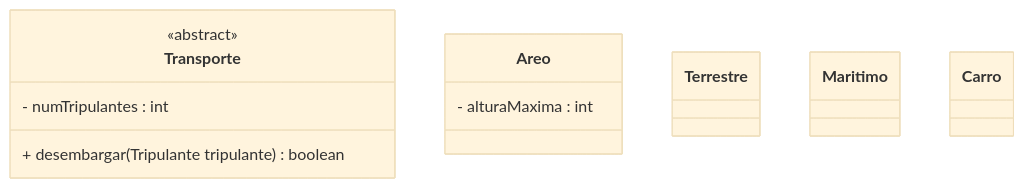
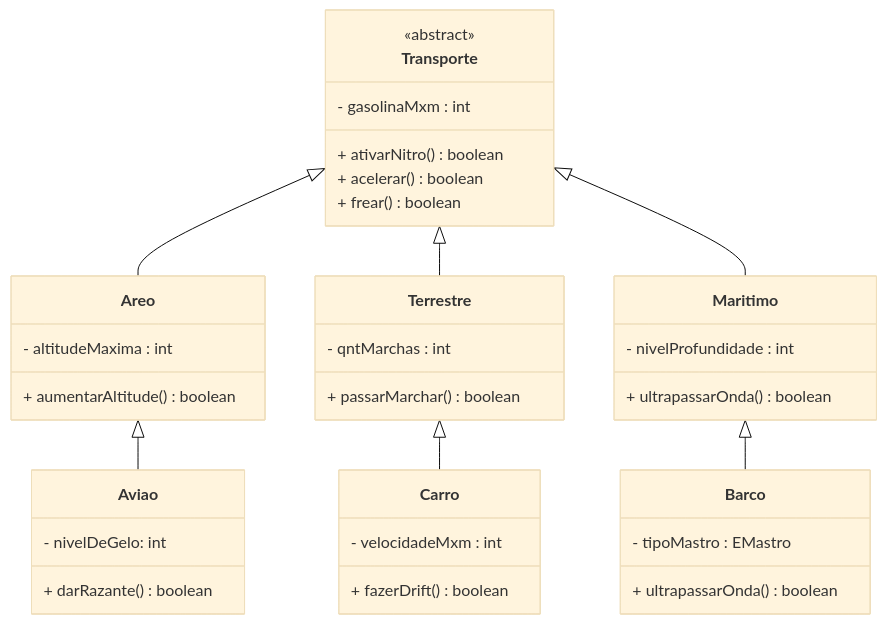
Before and after one commit to thesimas/ads-poo-2026: the third of 3 diagrams in aulas/2026-10-20-aula/README.md, drawn with Mermaid (base theme). The commit also changed other lines of this file and 12 other files, not shown here.

````diff
--- a/aulas/2026-10-20-aula/README.md
+++ b/aulas/2026-10-20-aula/README.md
@@ -106,22 +106,47 @@
 ```mermaid
 classDiagram
     class Transporte {
         <<abstract>>
-        - numTripulantes : int
-        + desembargar(Tripulante tripulante) boolean
+        - gasolinaMxm : int
+        + ativarNitro() boolean
+        + acelerar() boolean
+        + frear() boolean
     }
     
     class Areo {
-        - alturaMaxima : int
+        - altitudeMaxima : int
+        + aumentarAltitude() boolean
     }
     
-    class Terrestre {}
+    class Terrestre {
+        - qntMarchas : int
+        + passarMarchar() boolean
+    }
         
     class Maritimo {
-        
+        - nivelProfundidade : int
+        + ultrapassarOnda() boolean
     }
     
     class Carro {
-        
+        - velocidadeMxm : int
+        + fazerDrift() boolean
     }
+
+    class Aviao {
+        - nivelDeGelo: int
+        + darRazante() boolean
+    }
+
+    class Barco {
+        - tipoMastro : EMastro
+        + ultrapassarOnda() boolean
+    }
+
+    Transporte <|-- Areo
+    Transporte <|-- Terrestre
+    Transporte <|-- Maritimo
+    Terrestre <|-- Carro
+    Areo <|-- Aviao
+    Maritimo <|-- Barco
 ```
````
